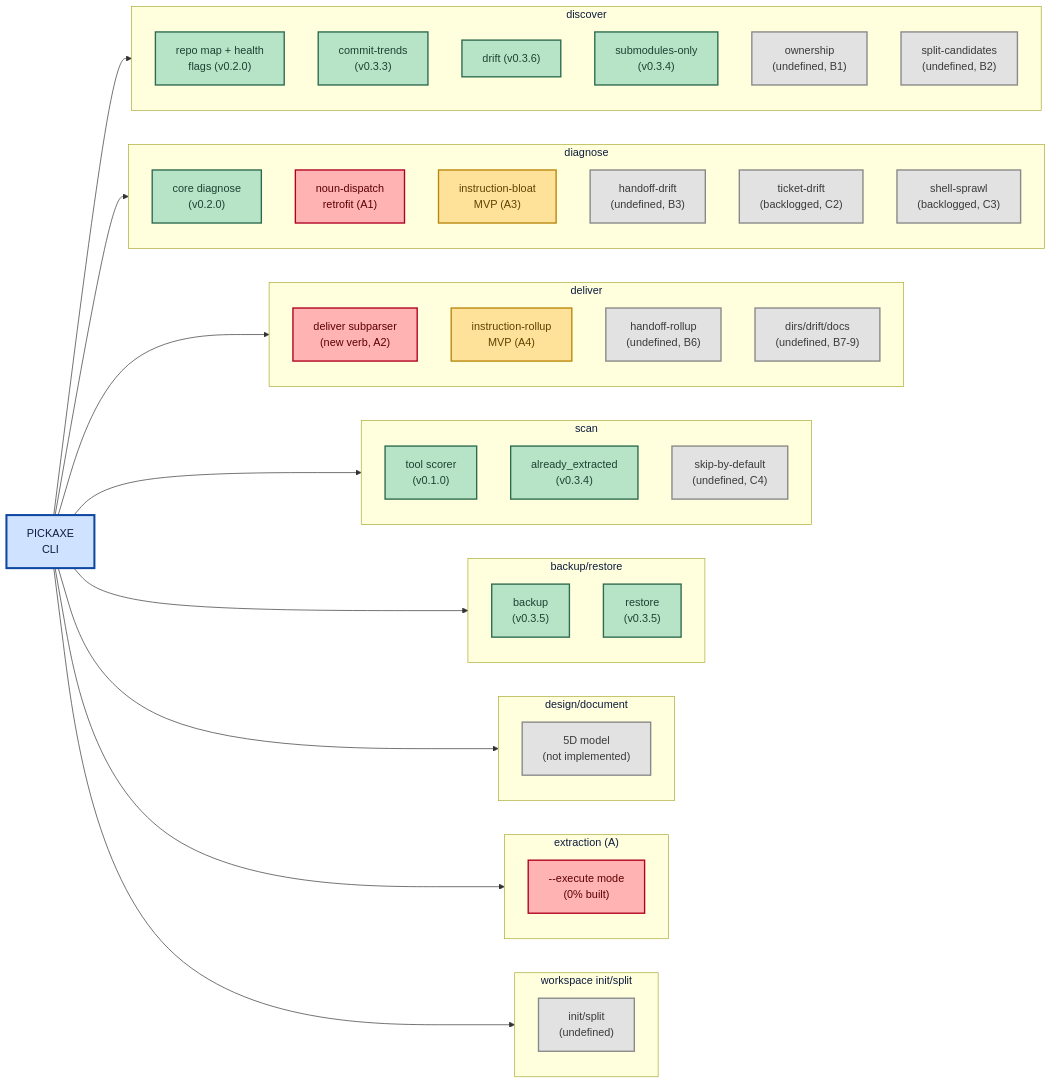
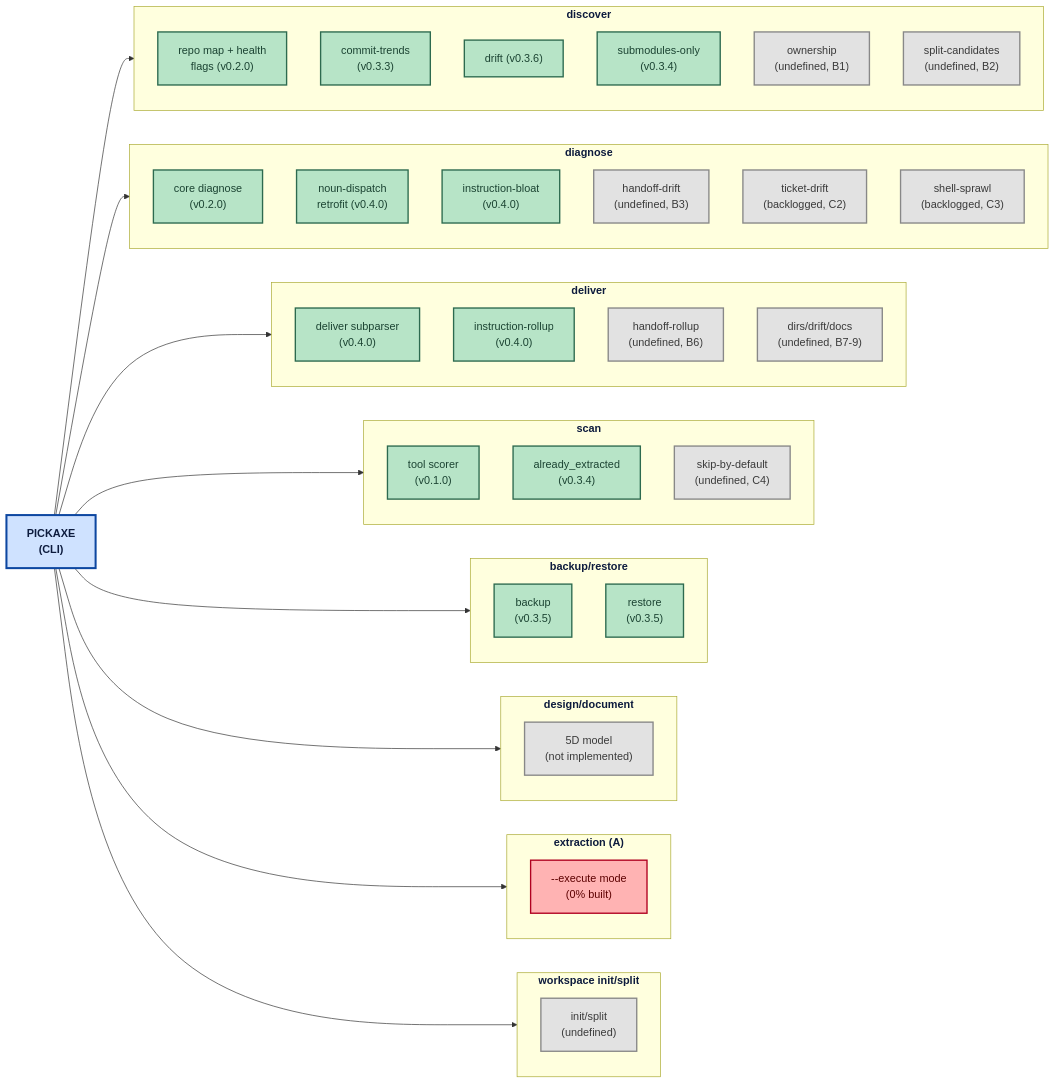
One commit to wwwizards/pickaxe changed the diagram in .HANDOFF/features-map.md. Above: the diagram before and after it, drawn with Mermaid. The commit also changed other lines of this file and 8 other files, not shown here.

First line of the commit message:
feat: v0.4.0 - diagnose instruction-bloat + first-ever deliver verb (A1-A4)

````diff
--- a/.HANDOFF/features-map.md
+++ b/.HANDOFF/features-map.md
@@ -35,8 +35,8 @@
 ```mermaid
 flowchart LR
-    ROOT["PICKAXE\nCLI"]
+    ROOT["<b>PICKAXE\n(CLI)"]
 
-    subgraph DISCOVER["discover"]
+    subgraph DISCOVER["<b>discover"]
     direction TB
         D1["repo map + health\nflags (v0.2.0)"]
         D2["commit-trends\n(v0.3.3)"]
@@ -46,48 +46,48 @@
         D6["split-candidates\n(undefined, B2)"]
     end
 
-    subgraph DIAGNOSE["diagnose"]
+    subgraph DIAGNOSE["<b>diagnose"]
     direction TB
         G1["core diagnose\n(v0.2.0)"]
-        G2["noun-dispatch\nretrofit (A1)"]
-        G3["instruction-bloat\nMVP (A3)"]
+        G2["noun-dispatch\nretrofit (v0.4.0)"]
+        G3["instruction-bloat\n(v0.4.0)"]
         G4["handoff-drift\n(undefined, B3)"]
         G5["ticket-drift\n(backlogged, C2)"]
         G6["shell-sprawl\n(backlogged, C3)"]
     end
 
-    subgraph DELIVER["deliver"]
+    subgraph DELIVER["<b>deliver"]
     direction TB
-        L1["deliver subparser\n(new verb, A2)"]
-        L2["instruction-rollup\nMVP (A4)"]
+        L1["deliver subparser\n(v0.4.0)"]
+        L2["instruction-rollup\n(v0.4.0)"]
         L3["handoff-rollup\n(undefined, B6)"]
         L4["dirs/drift/docs\n(undefined, B7-9)"]
     end
 
-    subgraph SCAN["scan"]
+    subgraph SCAN["<b>scan"]
     direction TB
         S1["tool scorer\n(v0.1.0)"]
         S2["already_extracted\n(v0.3.4)"]
         S3["skip-by-default\n(undefined, C4)"]
     end
 
-    subgraph BKRS["backup/restore"]
+    subgraph BKRS["<b>backup/restore"]
     direction TB
         BK1["backup\n(v0.3.5)"]
         BK2["restore\n(v0.3.5)"]
     end
 
-    subgraph DSDOC["design/document"]
+    subgraph DSDOC["<b>design/document"]
     direction TB
         DD1["5D model\n(not implemented)"]
     end
 
-    subgraph EXTRACT["extraction (A)"]
+    subgraph EXTRACT["<b>extraction (A)"]
     direction TB
         E1["--execute mode\n(0% built)"]
     end
 
-    subgraph WKSP["workspace init/split"]
+    subgraph WKSP["<b>workspace init/split"]
     direction TB
         W1["init/split\n(undefined)"]
     end
@@ -110,12 +110,9 @@
     class ROOT root
     class D1,D2,D3,D4 green
     class D5,D6 grey
-    class G1 green
-    class G2 red
-    class G3 amber
+    class G1,G2,G3 green
     class G4,G5,G6 grey
-    class L1 red
-    class L2 amber
+    class L1,L2 green
     class L3,L4 grey
     class S1,S2 green
     class S3 grey
````
